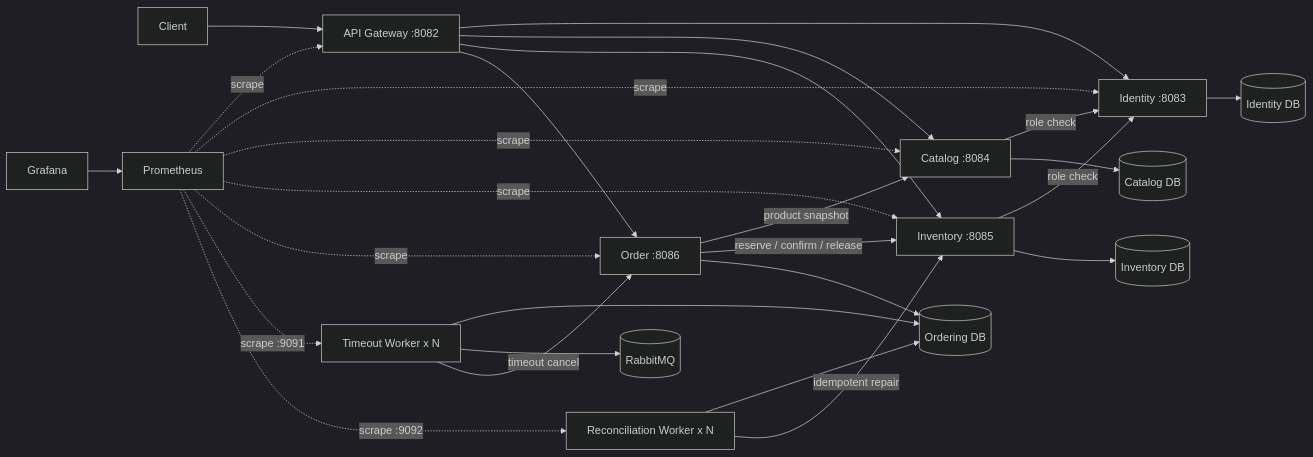
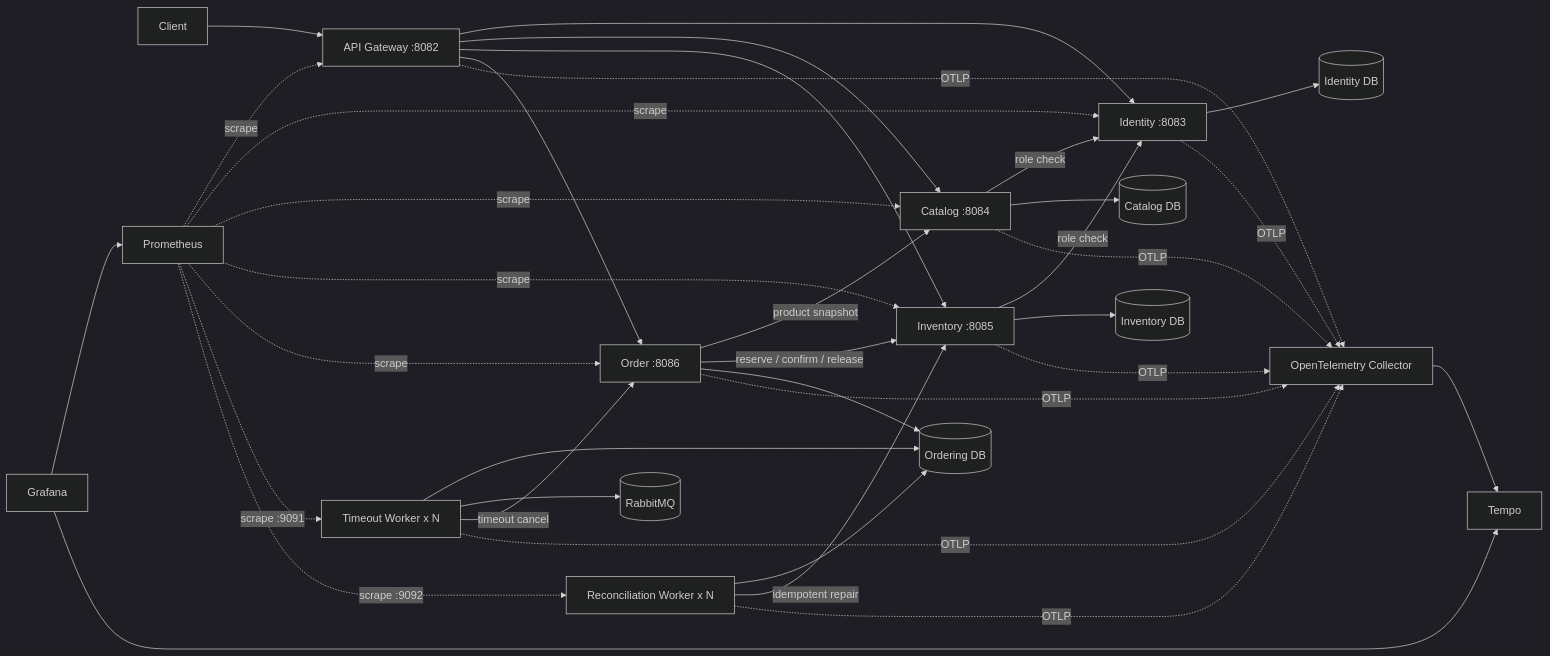
One commit to Yotoha0303/go-order-management-system-cloudnative-lab changed the diagram in README.md. Above: the diagram before and after it, drawn with Mermaid (dark theme). The commit also changed other lines of this file and 2 other files, not shown here.

First line of the commit message:
docs: synchronize OpenTelemetry project status

````diff
--- a/README.md
+++ b/README.md
@@ -42,35 +44,45 @@
 ```mermaid
 flowchart LR
     Client[Client] --> Gateway[API Gateway :8082]
 
     Gateway --> Identity[Identity :8083]
     Gateway --> Catalog[Catalog :8084]
     Gateway --> Inventory[Inventory :8085]
     Gateway --> Order[Order :8086]
 
     Catalog -->|role check| Identity
     Inventory -->|role check| Identity
     Order -->|product snapshot| Catalog
     Order -->|reserve / confirm / release| Inventory
 
     Identity --> IdentityDB[(Identity DB)]
     Catalog --> CatalogDB[(Catalog DB)]
     Inventory --> InventoryDB[(Inventory DB)]
     Order --> OrderingDB[(Ordering DB)]
 
     TimeoutWorker[Timeout Worker x N] --> OrderingDB
     TimeoutWorker --> RabbitMQ[(RabbitMQ)]
     TimeoutWorker -->|timeout cancel| Order
 
     ReconcileWorker[Reconciliation Worker x N] --> OrderingDB
     ReconcileWorker -->|idempotent repair| Inventory
 
     Prometheus[Prometheus] -. scrape .-> Gateway
     Prometheus -. scrape .-> Identity
     Prometheus -. scrape .-> Catalog
     Prometheus -. scrape .-> Inventory
     Prometheus -. scrape .-> Order
     Prometheus -. scrape :9091 .-> TimeoutWorker
     Prometheus -. scrape :9092 .-> ReconcileWorker
     Grafana[Grafana] --> Prometheus
+
+    Gateway -. OTLP .-> Collector[OpenTelemetry Collector]
+    Identity -. OTLP .-> Collector
+    Catalog -. OTLP .-> Collector
+    Inventory -. OTLP .-> Collector
+    Order -. OTLP .-> Collector
+    TimeoutWorker -. OTLP .-> Collector
+    ReconcileWorker -. OTLP .-> Collector
+    Collector --> Tempo[Tempo]
+    Grafana --> Tempo
 ```
````
